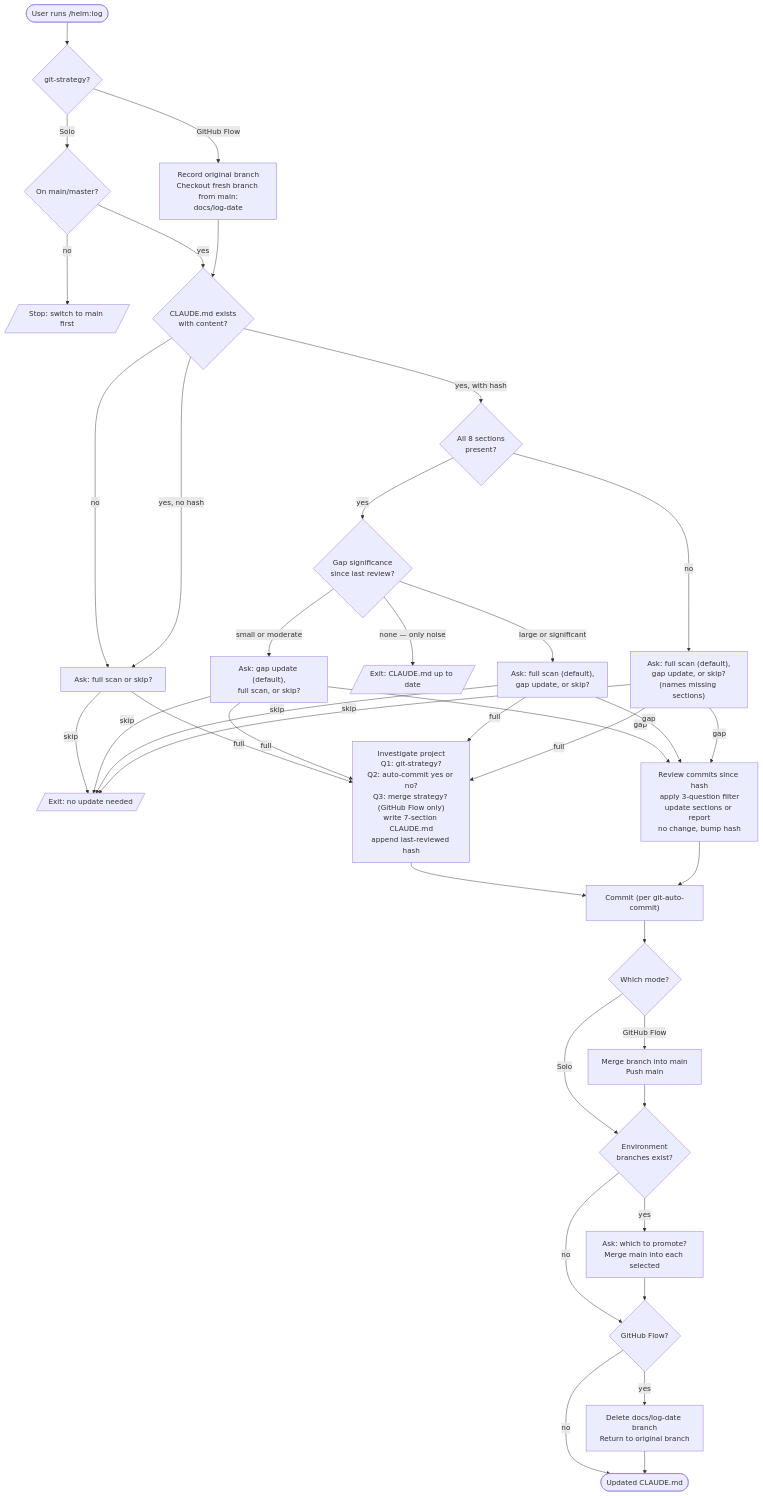
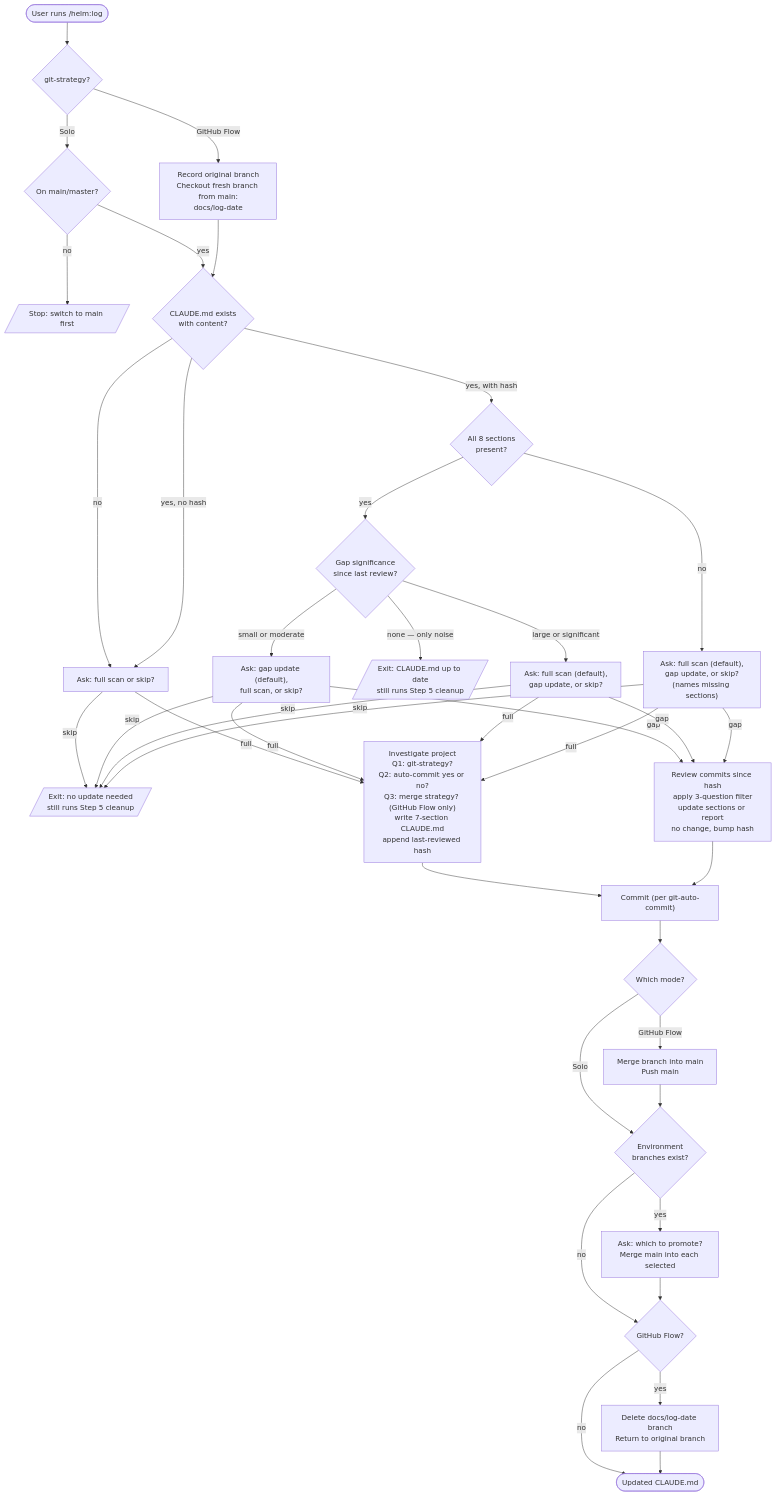
The diagram in docs/commands/log.md (myowinthein/agent-helm), drawn with Mermaid before and after one commit. The commit also changed other lines of this file and 1 other file, not shown here.

````diff
--- a/docs/commands/log.md
+++ b/docs/commands/log.md
@@ -13,54 +13,54 @@
 ```mermaid
 flowchart TD
   Start([User runs /helm:log]) --> Strategy{git-strategy?}
   Strategy -->|Solo| SoloCheck{On main/master?}
   SoloCheck -->|no| StopSolo[/Stop: switch to main first/]
   SoloCheck -->|yes| Exists
   Strategy -->|GitHub Flow| Fresh[Record original branch<br/>Checkout fresh branch from main:<br/>docs/log-date]
   Fresh --> Exists
 
   Exists{CLAUDE.md exists<br/>with content?}
 
   Exists -->|no| Mode1[Ask: full scan or skip?]
   Exists -->|yes, no hash| Mode1
   Exists -->|yes, with hash| Schema{All 8 sections<br/>present?}
 
   Schema -->|no| Mode4["Ask: full scan (default),<br/>gap update, or skip?<br/>(names missing sections)"]
   Schema -->|yes| Gap{Gap significance<br/>since last review?}
 
-  Gap -->|none — only noise| UpToDate[/Exit: CLAUDE.md up to date/]
+  Gap -->|none — only noise| UpToDate[/Exit: CLAUDE.md up to date<br/>still runs Step 5 cleanup/]
   Gap -->|small or moderate| Mode2["Ask: gap update (default),<br/>full scan, or skip?"]
   Gap -->|large or significant| Mode3["Ask: full scan (default),<br/>gap update, or skip?"]
 
-  Mode1 -->|skip| Skip[/Exit: no update needed/]
+  Mode1 -->|skip| Skip[/Exit: no update needed<br/>still runs Step 5 cleanup/]
   Mode1 -->|full| Full
   Mode2 -->|skip| Skip
   Mode2 -->|full| Full
   Mode2 -->|gap| GapPath
   Mode3 -->|skip| Skip
   Mode3 -->|full| Full
   Mode3 -->|gap| GapPath
   Mode4 -->|skip| Skip
   Mode4 -->|full| Full
   Mode4 -->|gap| GapPath
 
   Full["Investigate project<br/>Q1: git-strategy?<br/>Q2: auto-commit yes or no?<br/>Q3: merge strategy? (GitHub Flow only)<br/>write 7-section CLAUDE.md<br/>append last-reviewed hash"] --> Commit
   GapPath[Review commits since hash<br/>apply 3-question filter<br/>update sections or report<br/>no change, bump hash] --> Commit
 
   Commit["Commit (per git-auto-commit)"] --> SoloOrFlow{Which mode?}
   SoloOrFlow -->|Solo| Promote
   SoloOrFlow -->|GitHub Flow| MergeMain[Merge branch into main<br/>Push main]
   MergeMain --> Promote
 
   Promote{Environment<br/>branches exist?}
   Promote -->|yes| PromoteAsk[Ask: which to promote?<br/>Merge main into each selected]
   Promote -->|no| Cleanup
   PromoteAsk --> Cleanup
 
   Cleanup{GitHub Flow?}
   Cleanup -->|yes| DeleteBranch[Delete docs/log-date branch<br/>Return to original branch]
   Cleanup -->|no| Done
   DeleteBranch --> Done
 
   Done([Updated CLAUDE.md])
 ```
````
